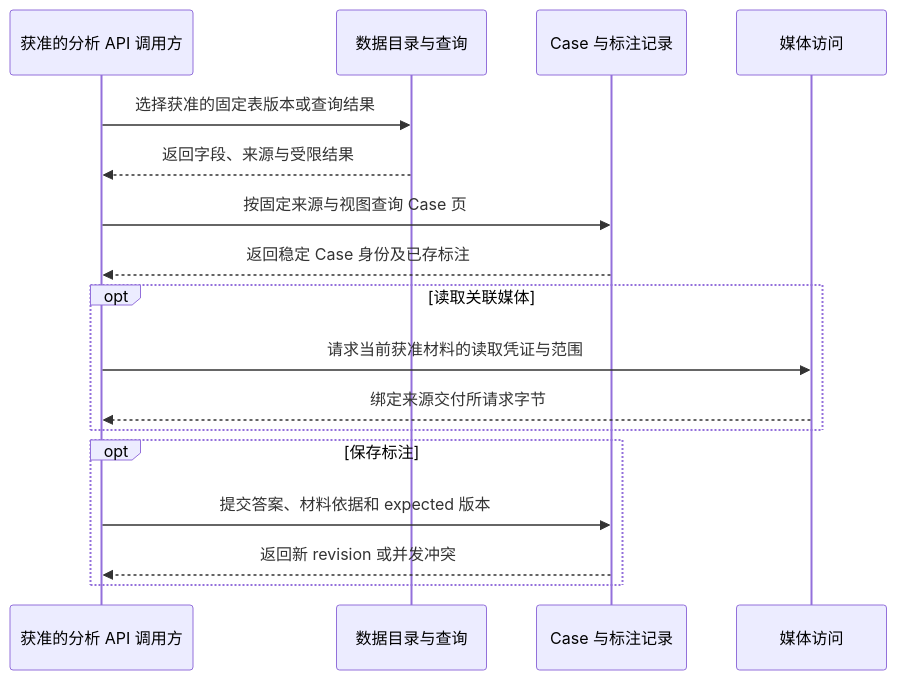
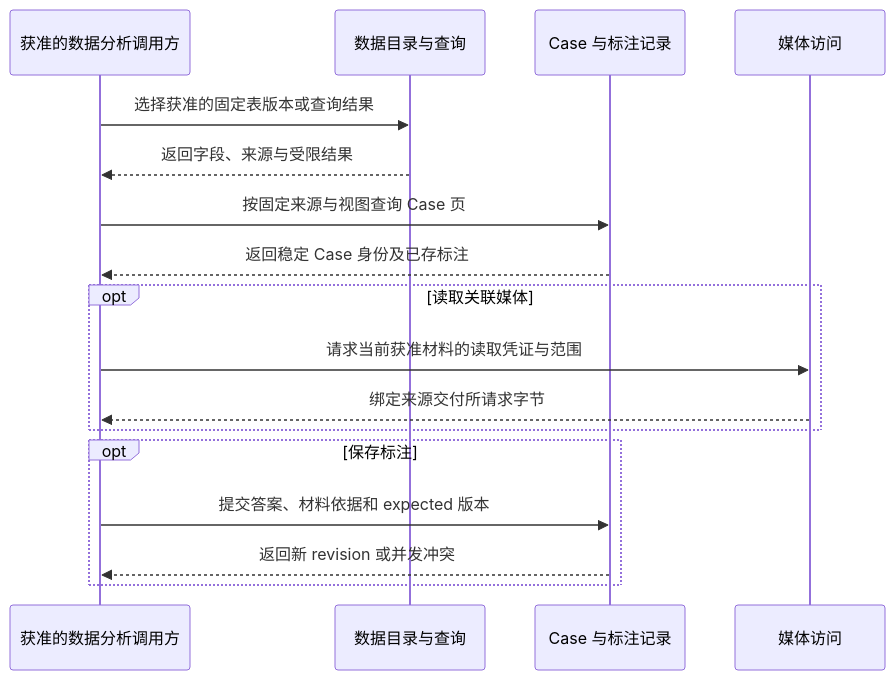
Before and after one commit to vincent9299/demiflow: diagram 11 of 14 in docs/demiflow-architecture.md, drawn with Mermaid. The commit also changed other lines of this file, not shown here.

````diff
--- a/docs/demiflow-architecture.md
+++ b/docs/demiflow-architecture.md
@@ -361,19 +368,19 @@
 ```mermaid
 sequenceDiagram
-    participant U as 获准的分析 API 调用方
+    participant U as 获准的数据分析调用方
     participant D as 数据目录与查询
     participant C as Case 与标注记录
     participant M as 媒体访问
     U->>D: 选择获准的固定表版本或查询结果
     D-->>U: 返回字段、来源与受限结果
     U->>C: 按固定来源与视图查询 Case 页
     C-->>U: 返回稳定 Case 身份及已存标注
     opt 读取关联媒体
         U->>M: 请求当前获准材料的读取凭证与范围
         M-->>U: 绑定来源交付所请求字节
     end
     opt 保存标注
         U->>C: 提交答案、材料依据和 expected 版本
         C-->>U: 返回新 revision 或并发冲突
     end
 ```
````
